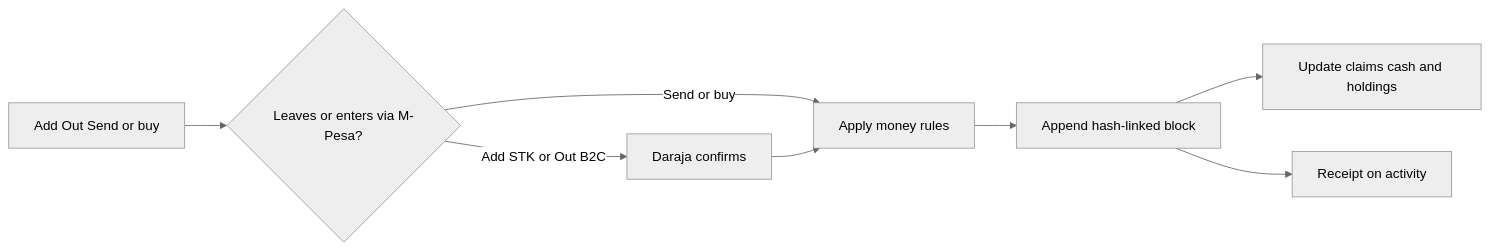
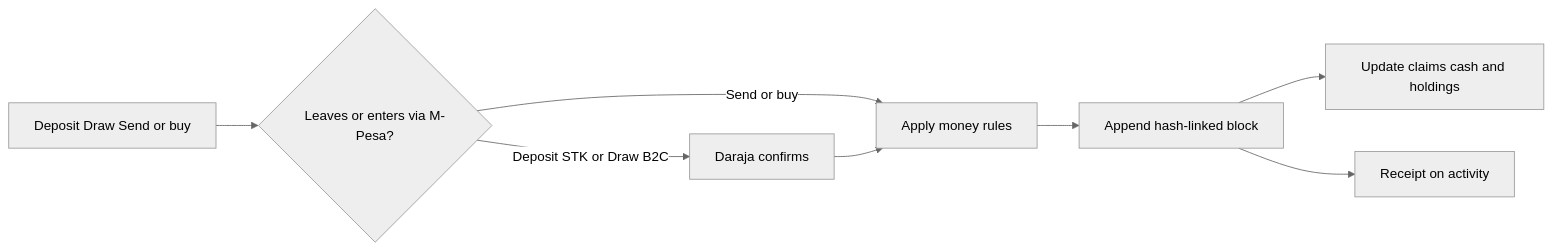
The second of 4 diagrams in README.md (hackstreetboysltd/pesaMatters), drawn with Mermaid (neutral theme) before and after one commit. The commit also changed other lines of this file and 65 other files, not shown here.

````diff
--- a/README.md
+++ b/README.md
@@ -160,10 +152,10 @@
 ```mermaid
 flowchart LR
-  action[Add Out Send or buy] --> pay{Leaves or enters via M-Pesa?}
-  pay -->|Add STK or Out B2C| daraja[Daraja confirms]
+  action[Deposit Draw Send or buy] --> pay{Leaves or enters via M-Pesa?}
+  pay -->|Deposit STK or Draw B2C| daraja[Daraja confirms]
   pay -->|Send or buy| rules[Apply money rules]
   daraja --> rules
   rules --> block[Append hash-linked block]
   block --> books[Update claims cash and holdings]
   block --> receipt[Receipt on activity]
 ```
````
